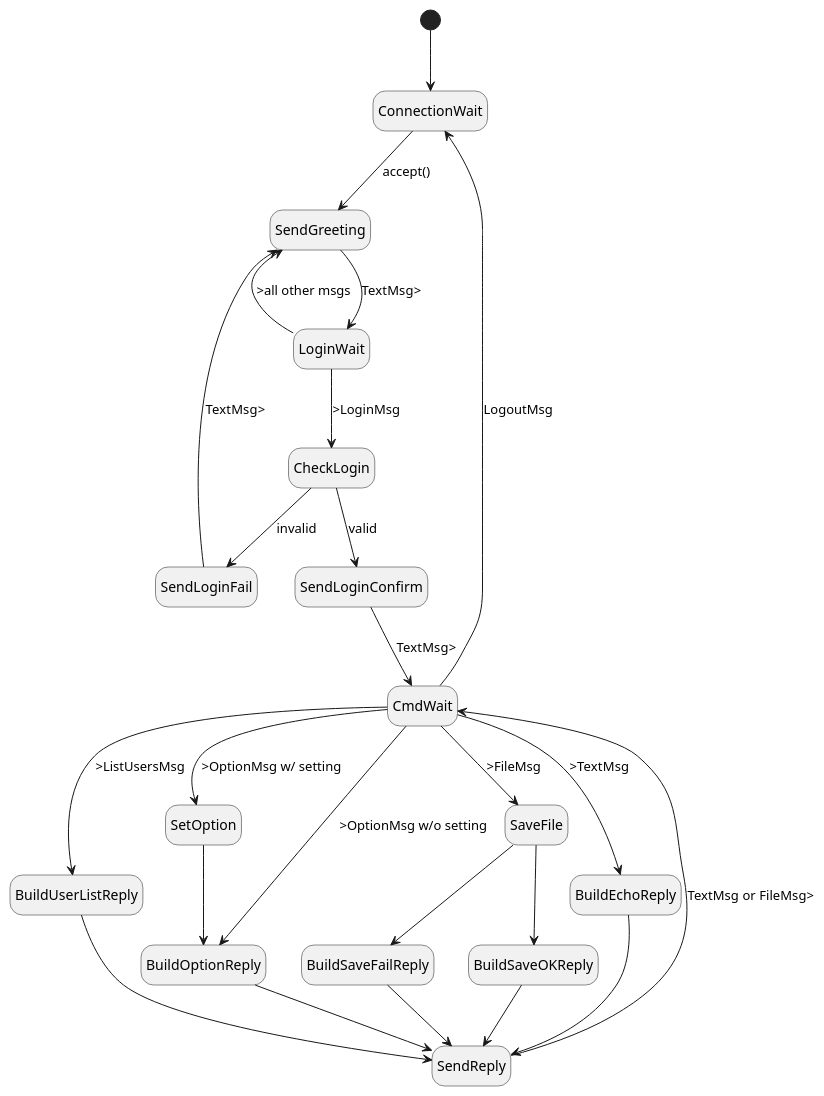
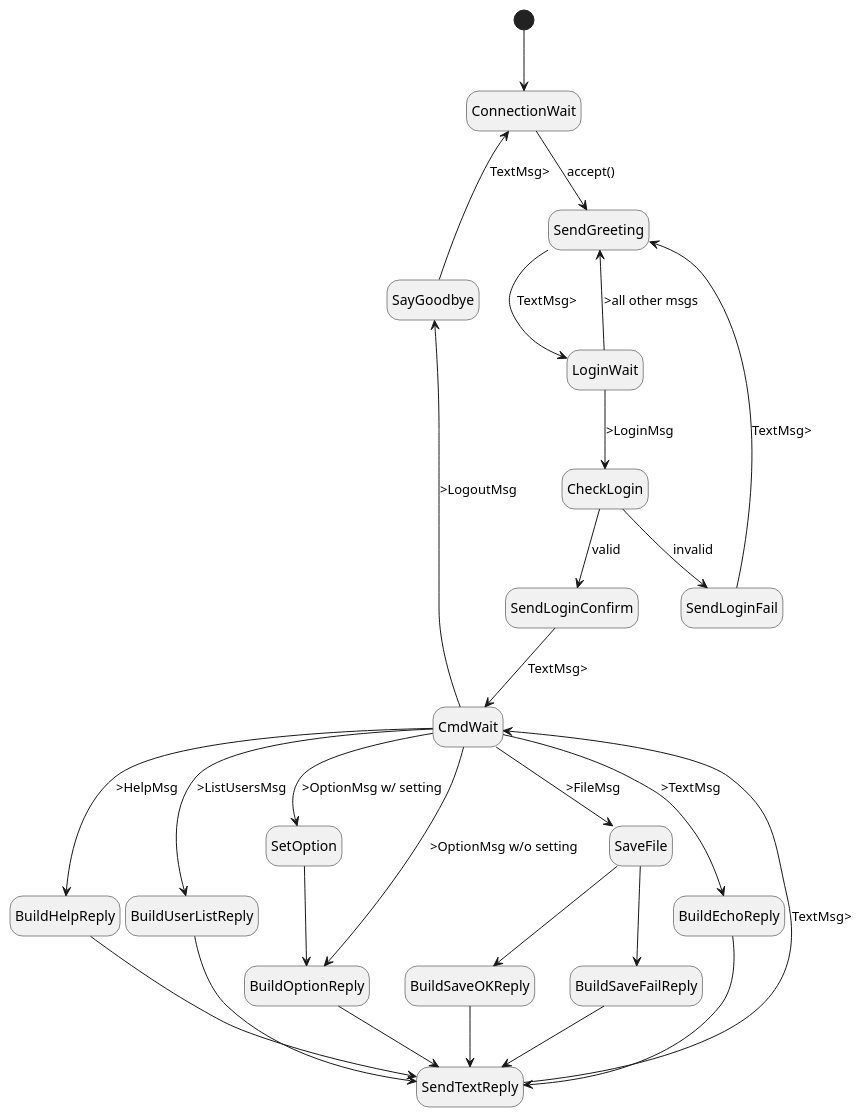
The diagram in design/server_state.puml (dtuinstr/clack2-instructor), drawn with PlantUML before and after one commit.

Commit message:
State UML: Add SayGoodbye, Help path.

```diff
--- a/design/server_state.puml
+++ b/design/server_state.puml
@@ -1,35 +1,41 @@
 @startuml
 'https://plantuml.com/state-diagram
 hide empty description
 'scale 350 width
 
 [*] --> ConnectionWait
 ConnectionWait --> SendGreeting : accept()
 SendGreeting --> LoginWait : TextMsg>
 
 LoginWait --> CheckLogin : >LoginMsg
 LoginWait --> SendGreeting : >all other msgs
+CheckLogin --> SendLoginConfirm : valid
+SendLoginConfirm --> CmdWait : TextMsg>
 CheckLogin --> SendLoginFail : invalid
 SendLoginFail --> SendGreeting : TextMsg>
-CheckLogin --> SendLoginConfirm : valid
-SendLoginConfirm --> CmdWait : TextMsg>
-CmdWait --> ConnectionWait : LogoutMsg
 
+CmdWait -up-> SayGoodbye : >LogoutMsg
+SayGoodbye -up-> ConnectionWait : TextMsg>
+
+CmdWait --> BuildHelpReply : >HelpMsg
 CmdWait --> BuildUserListReply : >ListUsersMsg
 CmdWait --> SetOption : >OptionMsg w/ setting
 CmdWait --> BuildOptionReply : >OptionMsg w/o setting
 SetOption --> BuildOptionReply
+
+''''''''''
 CmdWait --> SaveFile : >FileMsg
 SaveFile --> BuildSaveOKReply
 SaveFile --> BuildSaveFailReply
+BuildSaveOKReply --> SendTextReply
+BuildSaveFailReply --> SendTextReply
+''''''''''
 CmdWait --> BuildEchoReply : >TextMsg
+BuildHelpReply --> SendTextReply
+BuildUserListReply --> SendTextReply
+BuildOptionReply --> SendTextReply
+BuildEchoReply --> SendTextReply
 
-BuildUserListReply --> SendReply
-BuildOptionReply --> SendReply
-BuildSaveOKReply --> SendReply
-BuildSaveFailReply --> SendReply
-BuildEchoReply --> SendReply
-
-SendReply --> CmdWait : TextMsg or FileMsg>
+SendTextReply --> CmdWait : TextMsg>
 
 @enduml
```
